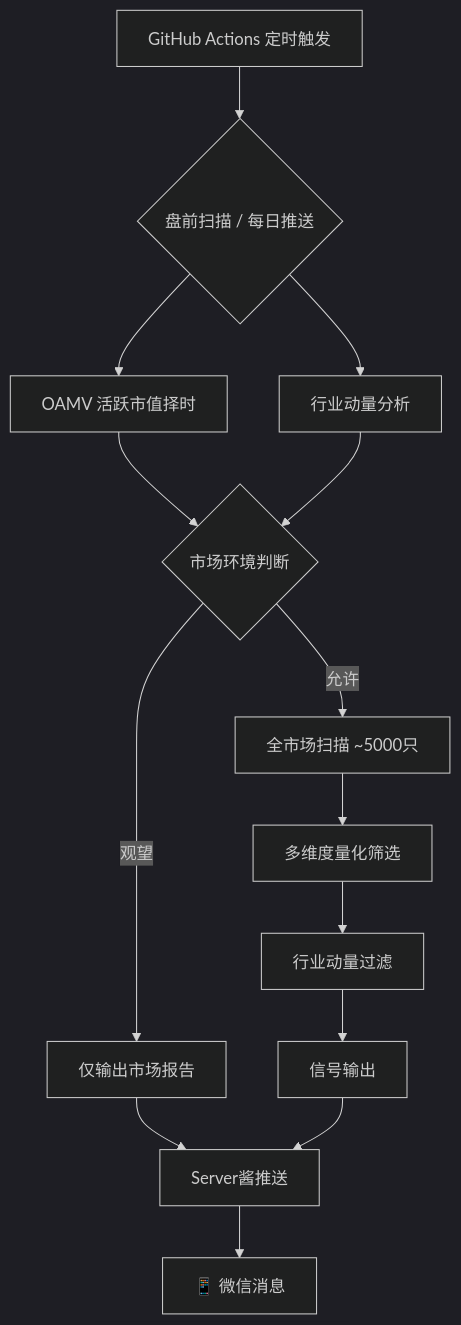
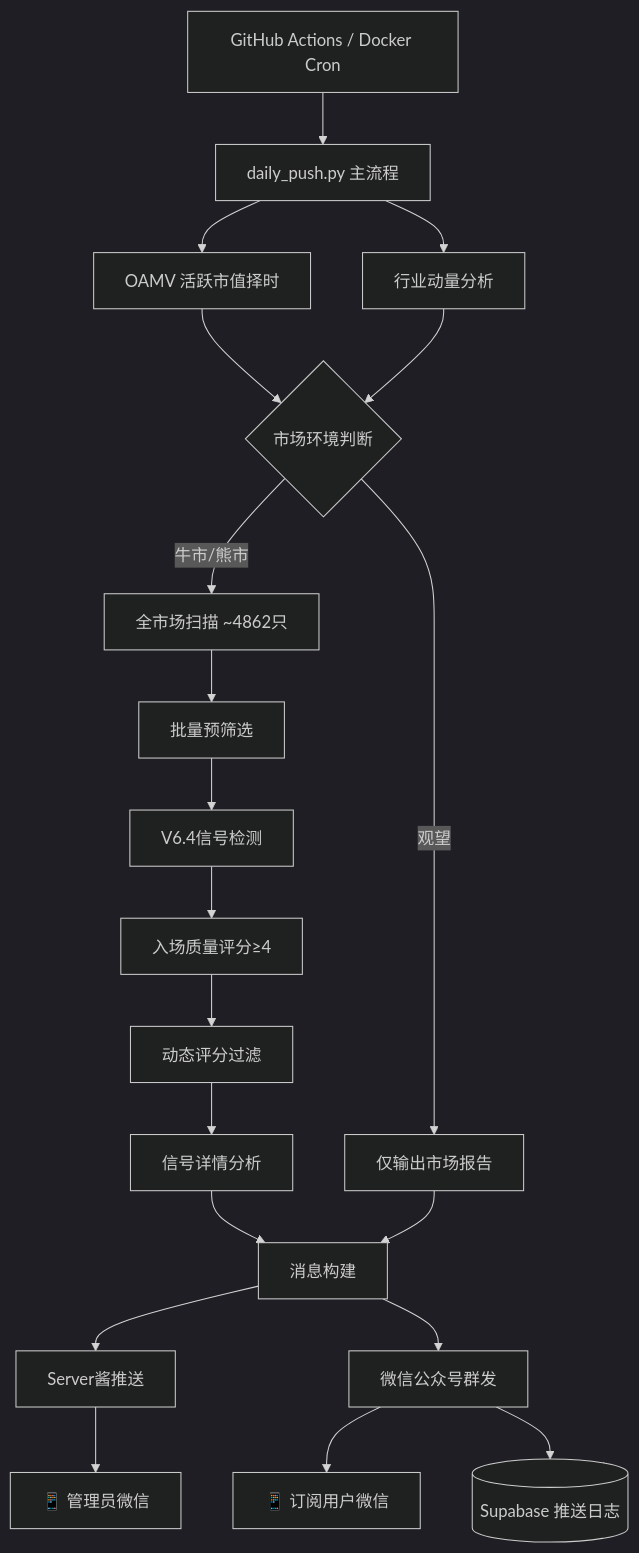
Before and after one commit to Lishoulan/lianghua: the first of 2 diagrams in README.md, drawn with Mermaid (dark theme). The commit also changed other lines of this file and 23 other files, not shown here.

````diff
--- a/README.md
+++ b/README.md
@@ -50,16 +88,22 @@
 ```mermaid
 graph TD
-    A[GitHub Actions 定时触发] --> B{盘前扫描 / 每日推送}
+    A[GitHub Actions / Docker Cron] --> B[daily_push.py 主流程]
     B --> C[OAMV 活跃市值择时]
     B --> D[行业动量分析]
     C --> E{市场环境判断}
     D --> E
-    E -->|允许| F[全市场扫描 ~5000只]
+    E -->|牛市/熊市| F[全市场扫描 ~4862只]
     E -->|观望| G[仅输出市场报告]
-    F --> H[多维度量化筛选]
-    H --> I[行业动量过滤]
-    I --> J[信号输出]
-    G --> K[Server酱推送]
-    J --> K
-    K --> L[📱 微信消息]
+    F --> H[批量预筛选]
+    H --> I[V6.4信号检测]
+    I --> J[入场质量评分≥4]
+    J --> K[动态评分过滤]
+    K --> L[信号详情分析]
+    L --> M[消息构建]
+    G --> M
+    M --> N[Server酱推送]
+    M --> O[微信公众号群发]
+    N --> P[📱 管理员微信]
+    O --> Q[📱 订阅用户微信]
+    O --> R[(Supabase 推送日志)]
 ```
````
